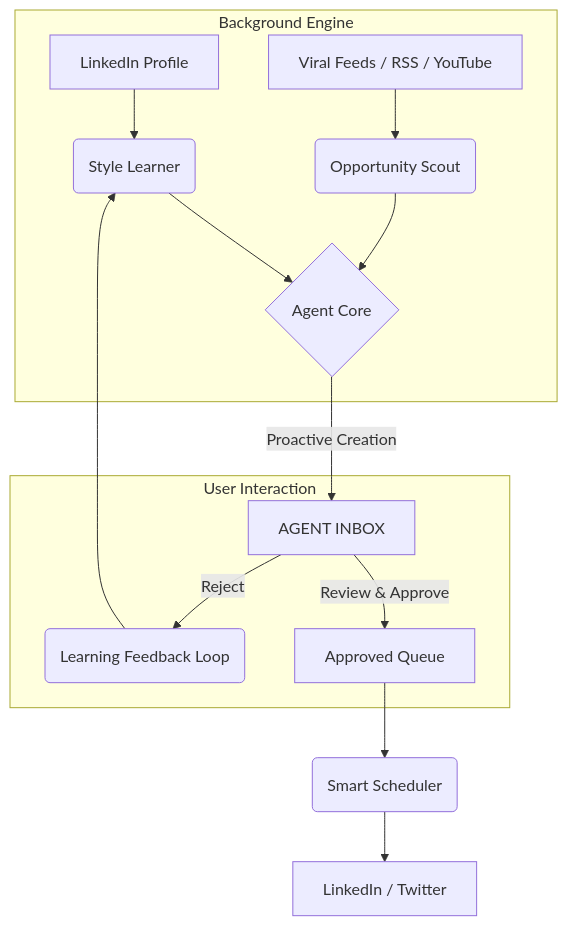
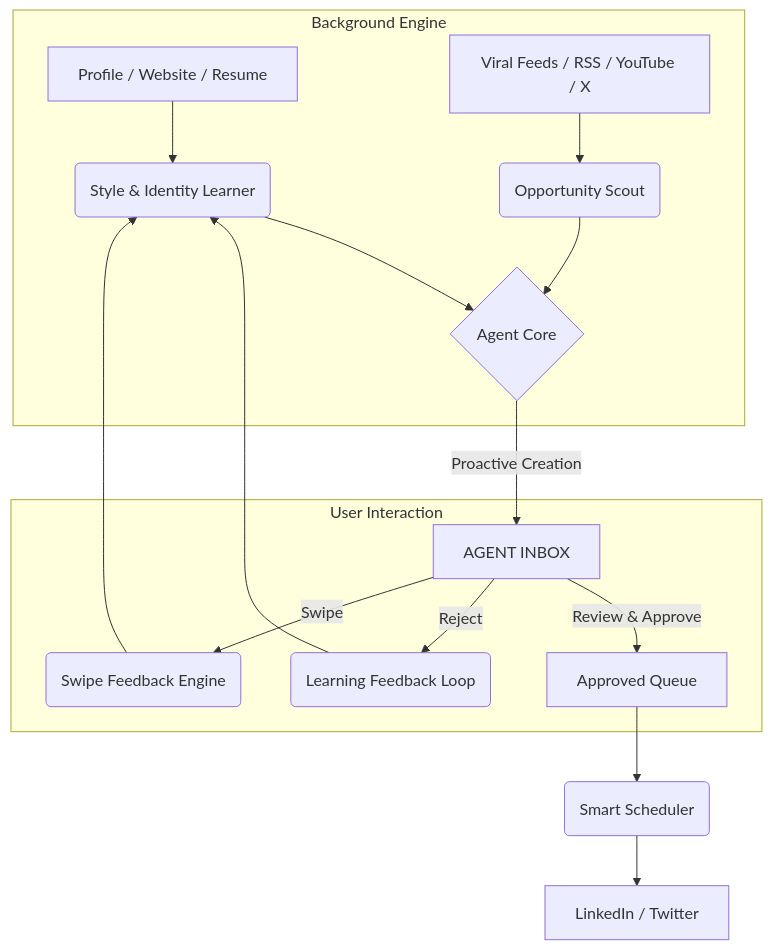
The diagram in platform-overview.md (sartaj04/ai-creative-marketing), drawn with Mermaid before and after one commit. The commit also changed other lines of this file and 154 other files, not shown here.

````diff
--- a/platform-overview.md
+++ b/platform-overview.md
@@ -28,20 +61,22 @@
 ```mermaid
 graph TD
     subgraph "Background Engine"
-        A[LinkedIn Profile] --> B(Style Learner)
-        C[Viral Feeds / RSS / YouTube] --> D(Opportunity Scout)
+        A[Profile / Website / Resume] --> B(Style & Identity Learner)
+        C[Viral Feeds / RSS / YouTube / X] --> D(Opportunity Scout)
         B --> E{Agent Core}
         D --> E
     end
 
     E -->|Proactive Creation| F[AGENT INBOX]
     
     subgraph "User Interaction"
         F -->|Review & Approve| G[Approved Queue]
         F -->|Reject| Z(Learning Feedback Loop)
+        F -->|Swipe| S(Swipe Feedback Engine)
     end
     
     G --> H(Smart Scheduler)
     H --> I[LinkedIn / Twitter]
     Z --> B
+    S --> B
 ```
````
